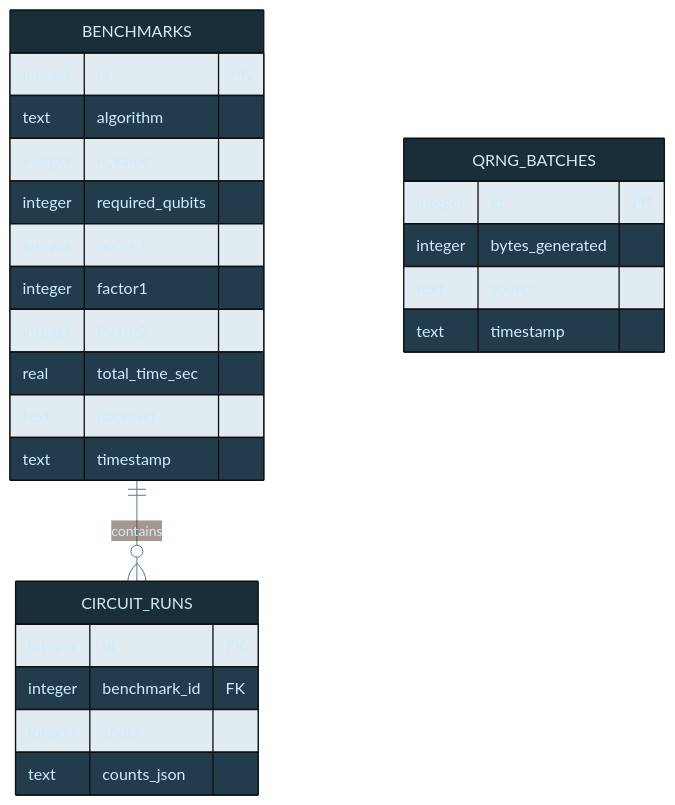
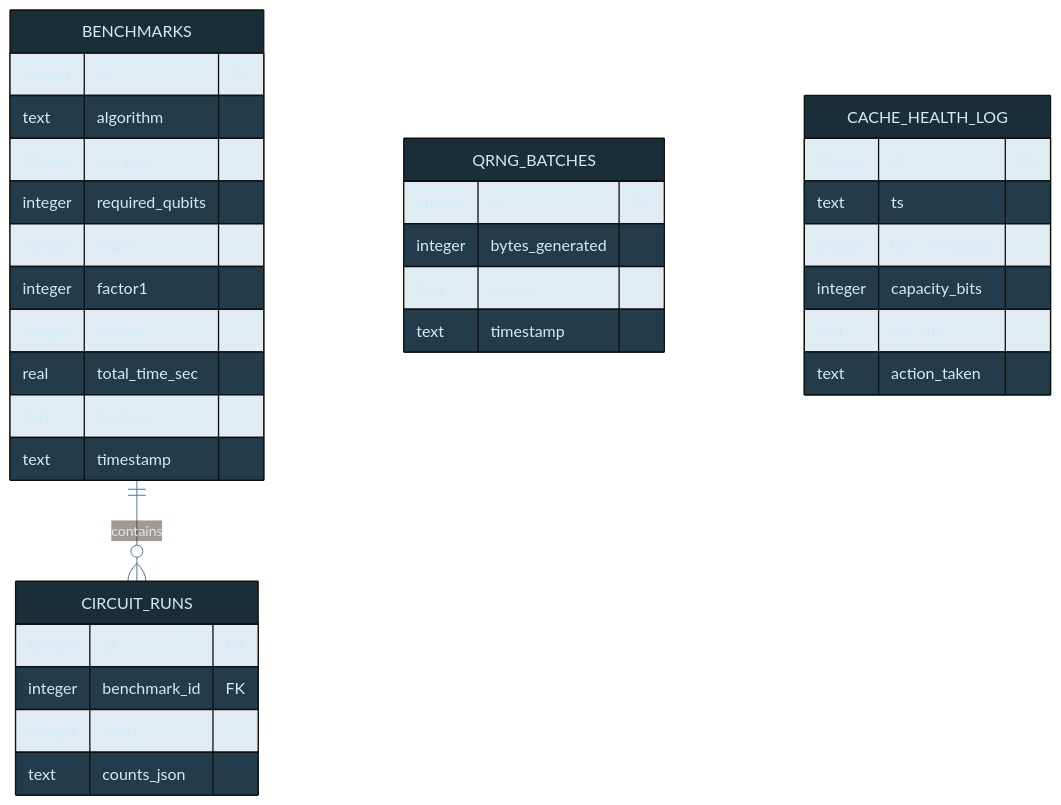
One commit to tylerdrakemusic/-Workspace changed the diagram in diagrams/quantum-db-schema.mmd. Above: the diagram before and after it, drawn with Mermaid. The commit also changed 1 other file, not shown here.

Commit message:
chore(FR-20260524): update quantum architecture diagrams for cache guard
- quantum-db-schema.mmd: add CACHE_HEALTH_LOG entity
- quantum-architecture.mmd: add cache_depletion_guard, QuantumCacheDepletionGuard_Daily, wiring

```diff
--- a/diagrams/quantum-db-schema.mmd
+++ b/diagrams/quantum-db-schema.mmd
@@ -1,27 +1,37 @@
 %%{init: {'theme': 'base', 'themeVariables': {'primaryColor': '#1a2e3a', 'primaryTextColor': '#d0ecf8', 'edgeLabelBackground': '#0f1318', 'lineColor': '#4a7a9a'}}}%%
 erDiagram
     BENCHMARKS ||--o{ CIRCUIT_RUNS : contains
     BENCHMARKS {
         integer id PK
         text algorithm
         integer n_value
         integer required_qubits
         integer order_r
         integer factor1
         integer factor2
         real total_time_sec
         text backend
         text timestamp
     }
     CIRCUIT_RUNS {
         integer id PK
         integer benchmark_id FK
         integer shots
         text counts_json
     }
     QRNG_BATCHES {
         integer id PK
         integer bytes_generated
         text source
         text timestamp
     }
+
+    %% --- Cache Monitoring ---
+    CACHE_HEALTH_LOG {
+        integer id PK
+        text ts
+        integer bits_remaining
+        integer capacity_bits
+        real pct_full
+        text action_taken
+    }
```
